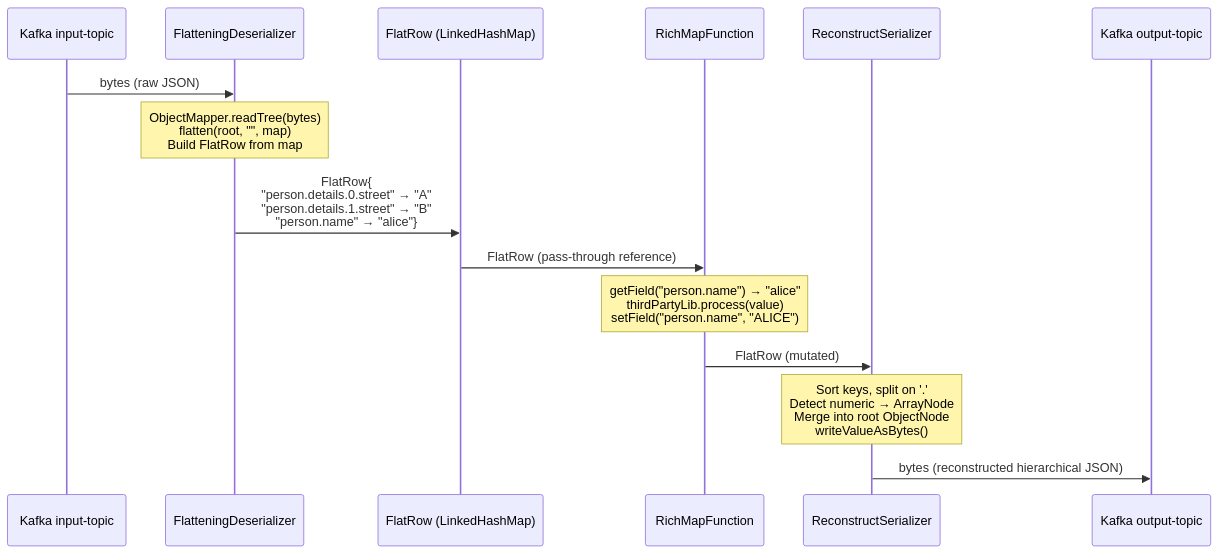
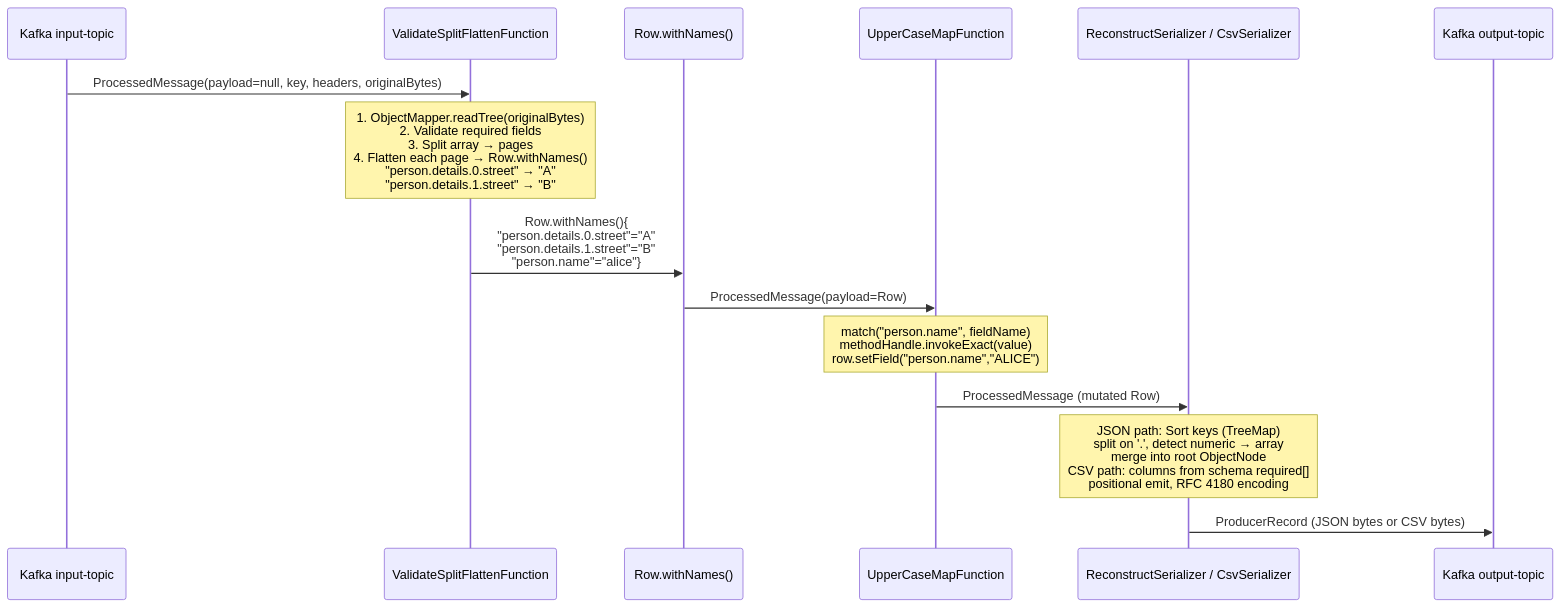
One commit to rootpoc/flink-array changed the second of 2 diagrams in flink-json-flatten-architecture.md. Above: the diagram before and after it, drawn with Mermaid. The commit also changed other lines of this file and 2 other files, not shown here.

````diff
--- a/flink-json-flatten-architecture.md
+++ b/flink-json-flatten-architecture.md
@@ -67,22 +71,22 @@
 ```mermaid
 sequenceDiagram
-    participant K  as Kafka input-topic
-    participant FD as FlatteningDeserializer
-    participant FR as FlatRow (LinkedHashMap)
-    participant RM as RichMapFunction
-    participant RS as ReconstructSerializer
-    participant KO as Kafka output-topic
+    participant K   as Kafka input-topic
+    participant VSF as ValidateSplitFlattenFunction
+    participant ROW as Row.withNames()
+    participant RM  as UpperCaseMapFunction
+    participant RS  as ReconstructSerializer / CsvSerializer
+    participant KO  as Kafka output-topic
 
-    K->>FD: bytes (raw JSON)
-    Note over FD: ObjectMapper.readTree(bytes)<br/>flatten(root, "", map)<br/>Build FlatRow from map
+    K->>VSF: ProcessedMessage(payload=null, key, headers, originalBytes)
+    Note over VSF: 1. ObjectMapper.readTree(originalBytes)<br/>2. Validate required fields<br/>3. Split array → pages<br/>4. Flatten each page → Row.withNames()<br/>   "person.details.0.street" → "A"<br/>   "person.details.1.street" → "B"
 
-    FD->>FR: FlatRow{<br/>"person.details.0.street" → "A"<br/>"person.details.1.street" → "B"<br/>"person.name" → "alice"}
+    VSF->>ROW: Row.withNames(){<br/>"person.details.0.street"="A"<br/>"person.details.1.street"="B"<br/>"person.name"="alice"}
 
-    FR->>RM: FlatRow (pass-through reference)
-    Note over RM: getField("person.name") → "alice"<br/>thirdPartyLib.process(value)<br/>setField("person.name", "ALICE")
+    ROW->>RM: ProcessedMessage(payload=Row)
+    Note over RM: match("person.name", fieldName)<br/>methodHandle.invokeExact(value)<br/>row.setField("person.name","ALICE")
 
-    RM->>RS: FlatRow (mutated)
-    Note over RS: Sort keys, split on '.'<br/>Detect numeric → ArrayNode<br/>Merge into root ObjectNode<br/>writeValueAsBytes()
+    RM->>RS: ProcessedMessage (mutated Row)
+    Note over RS: JSON path: Sort keys (TreeMap)<br/>  split on '.', detect numeric → array<br/>  merge into root ObjectNode<br/>CSV path: columns from schema required[]<br/>  positional emit, RFC 4180 encoding
 
-    RS->>KO: bytes (reconstructed hierarchical JSON)
+    RS->>KO: ProducerRecord (JSON bytes or CSV bytes)
 ```
````
